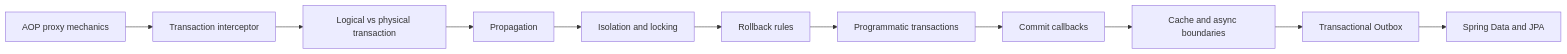
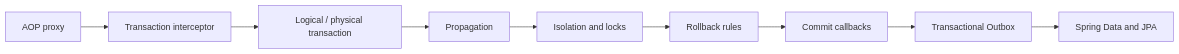
One commit to alimbetov/obsidian changed the diagram in 30_CERTIFICATIONS/Spring/2V0-72.22/Spring Transaction Management Roadmap.md. Above: the diagram before and after it, drawn with Mermaid. The commit also changed other lines of this file, not shown here.

Commit message:
docs: normalize transaction route cross-links

````diff
--- a/30_CERTIFICATIONS/Spring/2V0-72.22/Spring Transaction Management Roadmap.md
+++ b/30_CERTIFICATIONS/Spring/2V0-72.22/Spring Transaction Management Roadmap.md
@@ -30,13 +40,11 @@
 ```mermaid
 flowchart LR
-    A[AOP proxy mechanics] --> B[Transaction interceptor]
-    B --> C[Logical vs physical transaction]
-    C --> D[Propagation]
-    D --> E[Isolation and locking]
-    E --> F[Rollback rules]
-    F --> G[Programmatic transactions]
-    G --> H[Commit callbacks]
-    H --> I[Cache and async boundaries]
-    I --> J[Transactional Outbox]
-    J --> K[Spring Data and JPA]
+    AOP["AOP proxy"] --> INT["Transaction interceptor"]
+    INT --> LP["Logical / physical transaction"]
+    LP --> PROP["Propagation"]
+    PROP --> ISO["Isolation and locks"]
+    ISO --> RB["Rollback rules"]
+    RB --> CALLBACK["Commit callbacks"]
+    CALLBACK --> OUTBOX["Transactional Outbox"]
+    OUTBOX --> JPA["Spring Data and JPA"]
 ```
````
